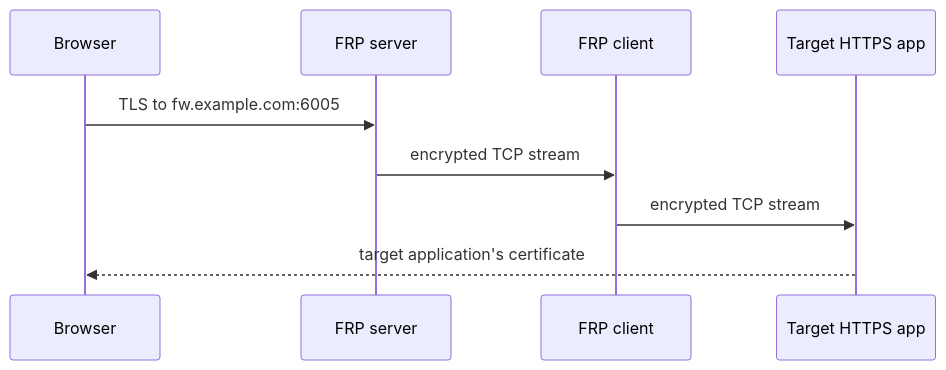
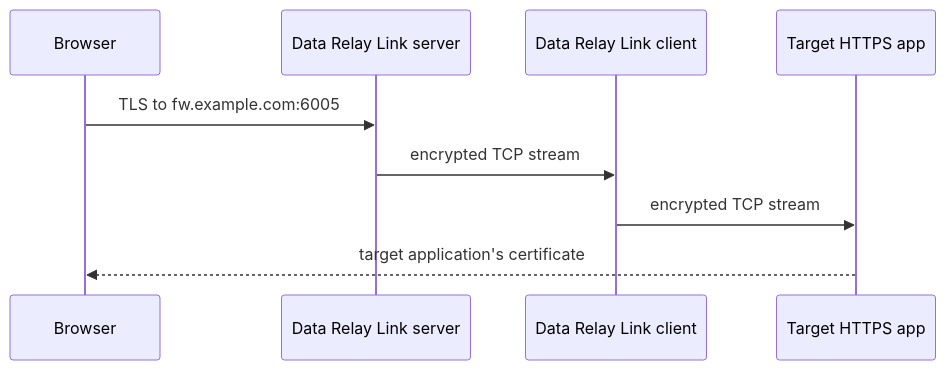
Before and after one commit to datarelay-labs/data-relay-link-docs: the fourth of 4 diagrams in deployment/dns-hostname.mdx, drawn with Mermaid. The commit also changed other lines of this file and 36 other files, not shown here.

````diff
--- a/deployment/dns-hostname.mdx
+++ b/deployment/dns-hostname.mdx
@@ -86,12 +86,12 @@
 ```mermaid
 sequenceDiagram
     participant B as Browser
-    participant S as FRP server
-    participant C as FRP client
+    participant S as Data Relay Link server
+    participant C as Data Relay Link client
     participant W as Target HTTPS app
 
     B->>S: TLS to fw.example.com:6005
     S->>C: encrypted TCP stream
     C->>W: encrypted TCP stream
     W-->>B: target application's certificate
 ```
````
